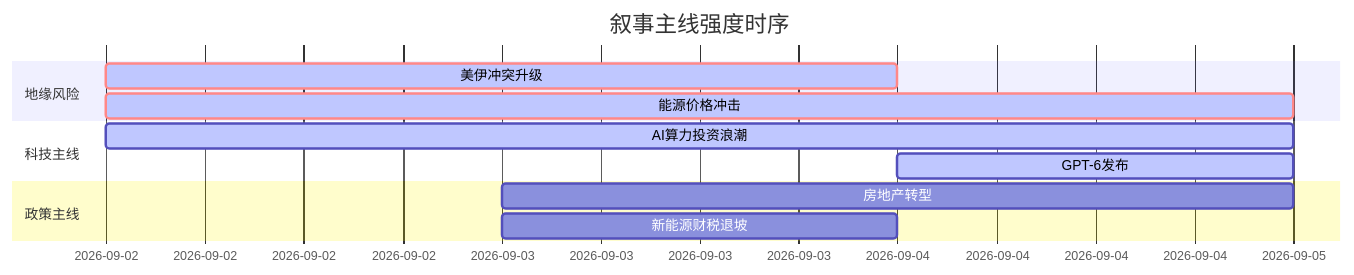
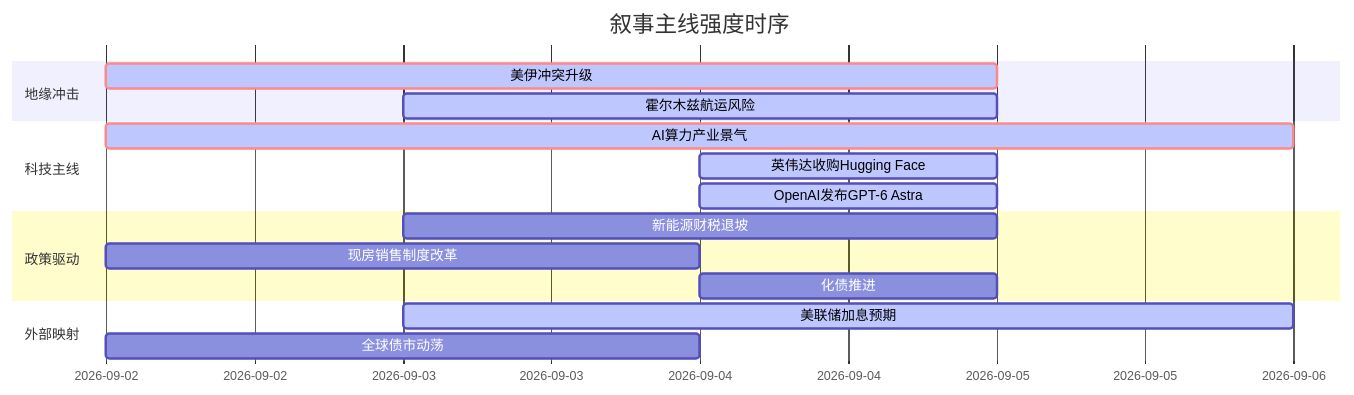
Before and after one commit to uu5zn/uu5zn.github.io: the diagram in 5day_report.md, drawn with Mermaid. The commit also changed other lines of this file and 4 other files, not shown here.

````diff
--- a/5day_report.md
+++ b/5day_report.md
@@ -58,16 +84,22 @@
 ```mermaid
 gantt
     title 叙事主线强度时序
     dateFormat YYYY-MM-DD
-    section 地缘风险
-    美伊冲突升级     :crit, active, 2026-09-02, 2d
-    能源价格冲击     :crit, active, 2026-09-02, 3d
+    section 地缘冲击
+    美伊冲突升级   :crit, active, 2026-09-02, 3d
+    霍尔木兹航运风险   :active, 2026-09-03, 2d
     
     section 科技主线
-    AI算力投资浪潮   :active, 2026-09-02, 3d
-    GPT-6发布        :active, 2026-09-04, 1d
+    AI算力产业景气   :crit, active, 2026-09-02, 4d
+    英伟达收购Hugging Face   :active, 2026-09-04, 1d
+    OpenAI发布GPT-6 Astra   :active, 2026-09-04, 1d
     
-    section 政策主线
-    房地产转型       :2026-09-03, 2d
-    新能源财税退坡   :2026-09-03, 1d
+    section 政策驱动
+    新能源财税退坡   :2026-09-03, 2d
+    现房销售制度改革   :2026-09-02, 2d
+    化债推进   :2026-09-04, 1d
+    
+    section 外部映射
+    美联储加息预期   :active, 2026-09-03, 3d
+    全球债市动荡   :2026-09-02, 2d
 ```
````
